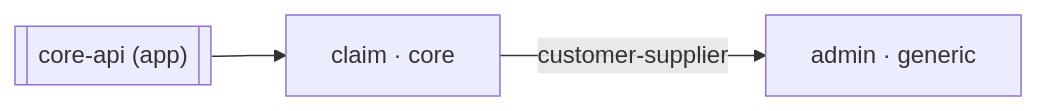
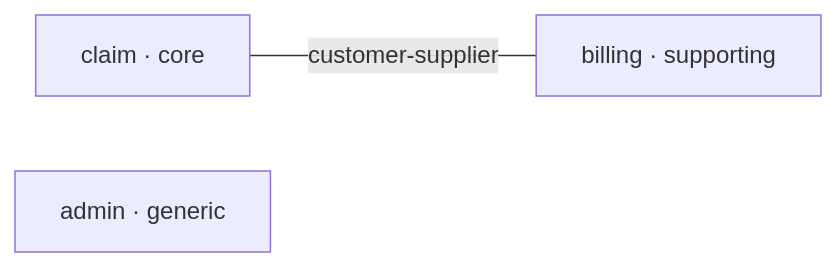
The diagram in plugins/superdomain/skills/init/SKILL.md (Cho-D-YoungRae/superkit), drawn with Mermaid before and after one commit. The commit also changed other lines of this file, not shown here.

````diff
--- a/plugins/superdomain/skills/init/SKILL.md
+++ b/plugins/superdomain/skills/init/SKILL.md
@@ -414,5 +412,5 @@
 ```mermaid
 graph LR
-  core_api[["core-api (app)"]] --> claim
-  claim["claim · core"] -- customer-supplier --> admin["admin · generic"]
+  claim["claim · core"] -- customer-supplier --- billing["billing · supporting"]
+  admin["admin · generic"]
 ```
````
